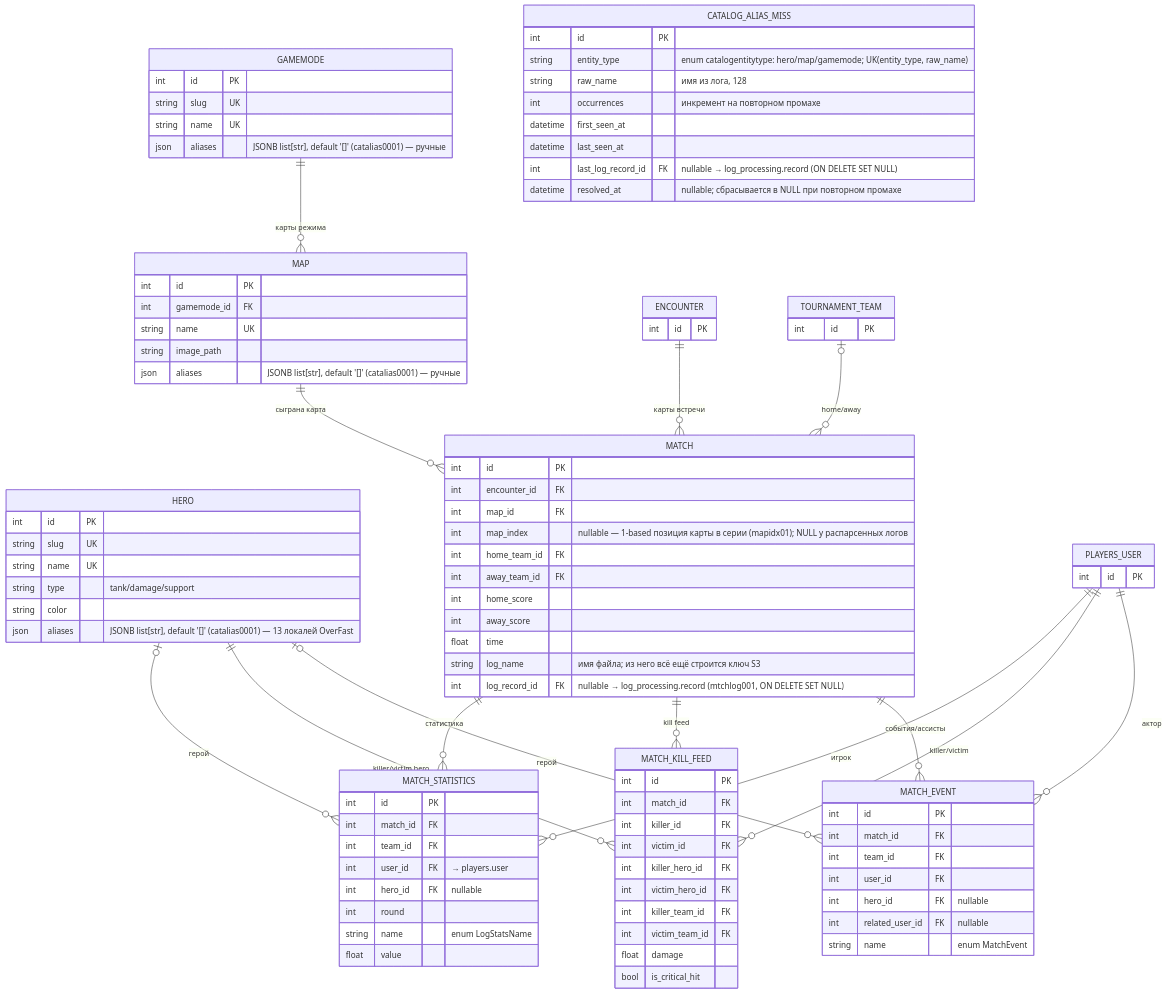
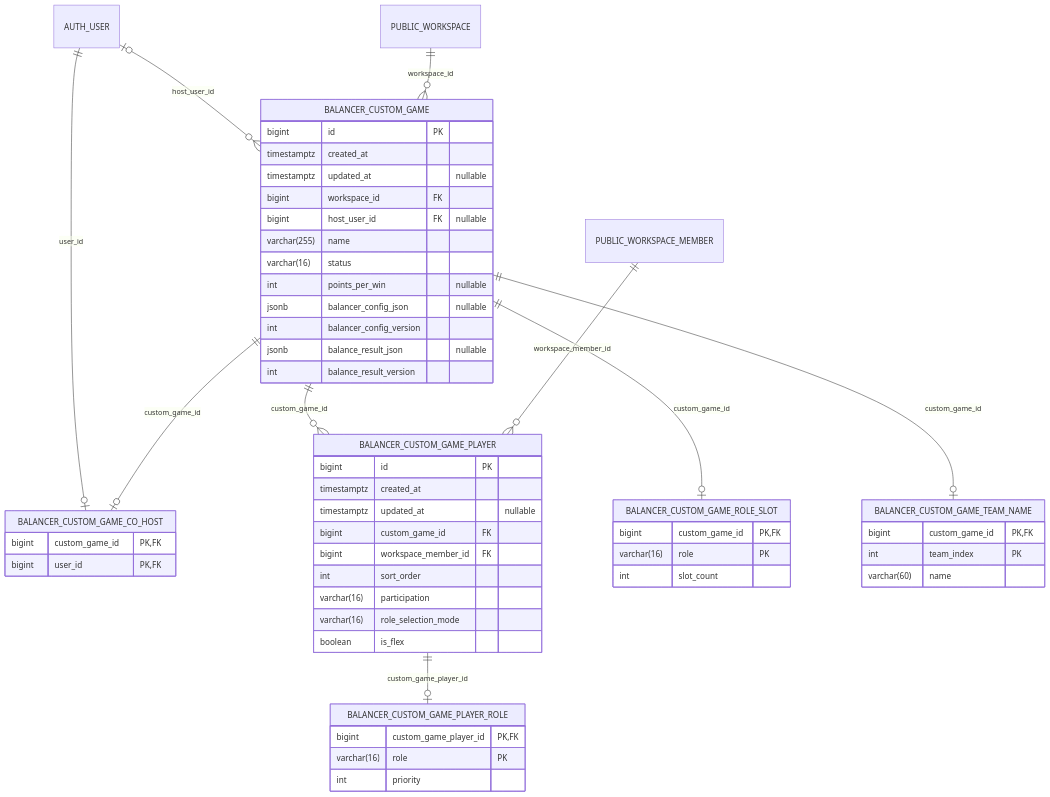
Before and after one commit to CraazzzyyFoxx/anak-tournaments: diagram 11 of 19 in docs/database_erd.md, drawn with Mermaid. The commit also changed other lines of this file and 60 other files, not shown here.

````diff
--- a/docs/database_erd.md
+++ b/docs/database_erd.md
@@ -700,101 +1802,57 @@
 ```mermaid
 erDiagram
-    GAMEMODE {
-        int id PK
-        string slug UK
-        string name UK
-        json aliases "JSONB list[str], default '[]' (catalias0001) — ручные"
+    BALANCER_CUSTOM_GAME {
+        bigint id PK
+        timestamptz created_at
+        timestamptz updated_at "nullable"
+        bigint workspace_id FK
+        bigint host_user_id FK "nullable"
+        varchar(255) name
+        varchar(16) status
+        int points_per_win "nullable"
+        jsonb balancer_config_json "nullable"
+        int balancer_config_version
+        jsonb balance_result_json "nullable"
+        int balance_result_version
     }
-    MAP {
-        int id PK
-        int gamemode_id FK
-        string name UK
-        string image_path
-        json aliases "JSONB list[str], default '[]' (catalias0001) — ручные"
+    BALANCER_CUSTOM_GAME_CO_HOST {
+        bigint custom_game_id PK,FK
+        bigint user_id PK,FK
     }
-    HERO {
-        int id PK
-        string slug UK
-        string name UK
-        string type "tank/damage/support"
-        string color
-        json aliases "JSONB list[str], default '[]' (catalias0001) — 13 локалей OverFast"
+    BALANCER_CUSTOM_GAME_PLAYER {
+        bigint id PK
+        timestamptz created_at
+        timestamptz updated_at "nullable"
+        bigint custom_game_id FK
+        bigint workspace_member_id FK
+        int sort_order
+        varchar(16) participation
+        varchar(16) role_selection_mode
+        boolean is_flex
     }
-    CATALOG_ALIAS_MISS {
-        int id PK
-        string entity_type "enum catalogentitytype: hero/map/gamemode; UK(entity_type, raw_name)"
-        string raw_name "имя из лога, 128"
-        int occurrences "инкремент на повторном промахе"
-        datetime first_seen_at
-        datetime last_seen_at
-        int last_log_record_id FK "nullable → log_processing.record (ON DELETE SET NULL)"
-        datetime resolved_at "nullable; сбрасывается в NULL при повторном промахе"
+    BALANCER_CUSTOM_GAME_PLAYER_ROLE {
+        bigint custom_game_player_id PK,FK
+        varchar(16) role PK
+        int priority
     }
-    MATCH {
-        int id PK
-        int encounter_id FK
-        int map_id FK
-        int map_index "nullable — 1-based позиция карты в серии (mapidx01); NULL у распарсенных логов"
-        int home_team_id FK
-        int away_team_id FK
-        int home_score
-        int away_score
-        float time
-        string log_name "имя файла; из него всё ещё строится ключ S3"
-        int log_record_id FK "nullable → log_processing.record (mtchlog001, ON DELETE SET NULL)"
+    BALANCER_CUSTOM_GAME_ROLE_SLOT {
+        bigint custom_game_id PK,FK
+        varchar(16) role PK
+        int slot_count
     }
-    MATCH_STATISTICS {
-        int id PK
-        int match_id FK
-        int team_id FK
-        int user_id FK "→ players.user"
-        int hero_id FK "nullable"
-        int round
-        string name "enum LogStatsName"
-        float value
-    }
-    MATCH_KILL_FEED {
-        int id PK
-        int match_id FK
-        int killer_id FK
-        int victim_id FK
-        int killer_hero_id FK
-        int victim_hero_id FK
-        int killer_team_id FK
-        int victim_team_id FK
-        float damage
-        bool is_critical_hit
-    }
-    MATCH_EVENT {
-        int id PK
-        int match_id FK
-        int team_id FK
-        int user_id FK
-        int hero_id FK "nullable"
-        int related_user_id FK "nullable"
-        string name "enum MatchEvent"
-    }
-    ENCOUNTER {
-        int id PK
-    }
-    TOURNAMENT_TEAM {
-        int id PK
-    }
-    PLAYERS_USER {
-        int id PK
+    BALANCER_CUSTOM_GAME_TEAM_NAME {
+        bigint custom_game_id PK,FK
+        int team_index PK
+        varchar(60) name
     }
 
-    GAMEMODE ||--o{ MAP : "карты режима"
-    ENCOUNTER ||--o{ MATCH : "карты встречи"
-    MAP ||--o{ MATCH : "сыграна карта"
-    TOURNAMENT_TEAM |o--o{ MATCH : "home/away"
-    MATCH ||--o{ MATCH_STATISTICS : "статистика"
-    MATCH ||--o{ MATCH_KILL_FEED : "kill feed"
-    MATCH ||--o{ MATCH_EVENT : "события/ассисты"
-    PLAYERS_USER ||--o{ MATCH_STATISTICS : "игрок"
-    HERO |o--o{ MATCH_STATISTICS : "герой"
-    HERO ||--o{ MATCH_KILL_FEED : "killer/victim hero"
-    PLAYERS_USER ||--o{ MATCH_KILL_FEED : "killer/victim"
-    PLAYERS_USER ||--o{ MATCH_EVENT : "актор"
-    HERO |o--o{ MATCH_EVENT : "герой"
+    AUTH_USER |o--o{ BALANCER_CUSTOM_GAME : "host_user_id"
+    AUTH_USER ||--o| BALANCER_CUSTOM_GAME_CO_HOST : "user_id"
+    BALANCER_CUSTOM_GAME ||--o{ BALANCER_CUSTOM_GAME_PLAYER : "custom_game_id"
+    BALANCER_CUSTOM_GAME ||--o| BALANCER_CUSTOM_GAME_CO_HOST : "custom_game_id"
+    BALANCER_CUSTOM_GAME ||--o| BALANCER_CUSTOM_GAME_ROLE_SLOT : "custom_game_id"
+    BALANCER_CUSTOM_GAME ||--o| BALANCER_CUSTOM_GAME_TEAM_NAME : "custom_game_id"
+    BALANCER_CUSTOM_GAME_PLAYER ||--o| BALANCER_CUSTOM_GAME_PLAYER_ROLE : "custom_game_player_id"
+    PUBLIC_WORKSPACE ||--o{ BALANCER_CUSTOM_GAME : "workspace_id"
+    PUBLIC_WORKSPACE_MEMBER ||--o{ BALANCER_CUSTOM_GAME_PLAYER : "workspace_member_id"
 ```
````
